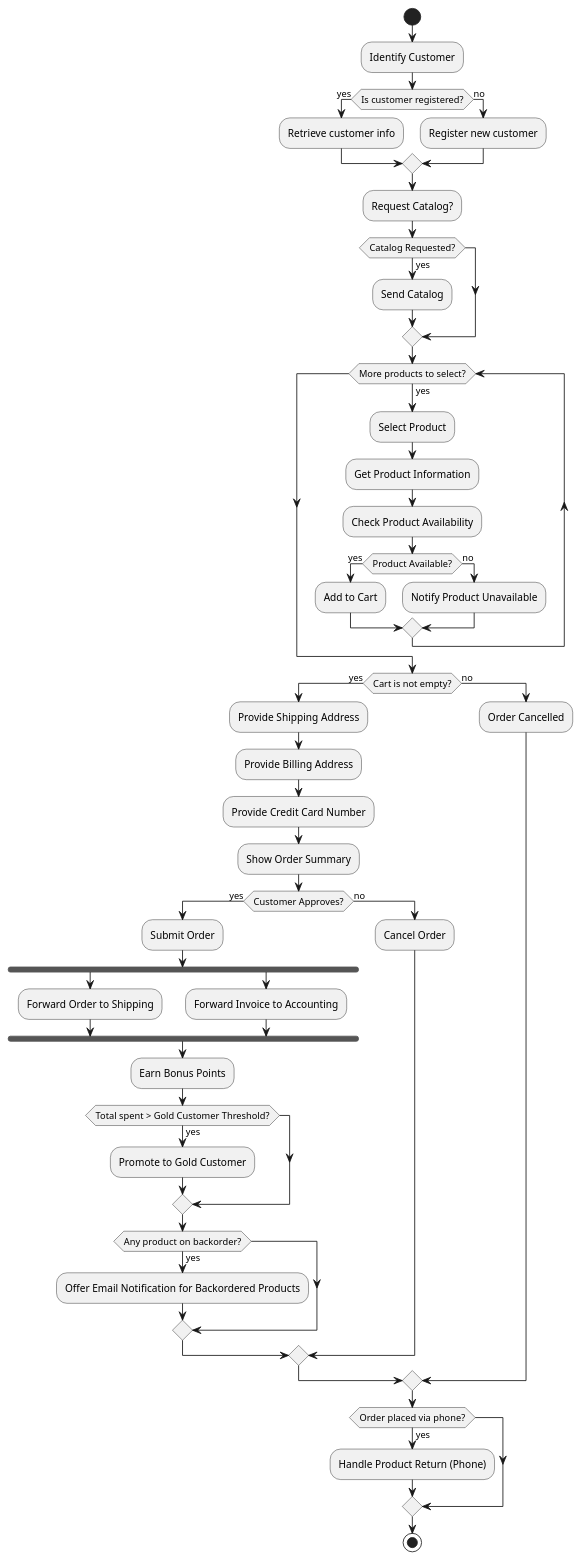
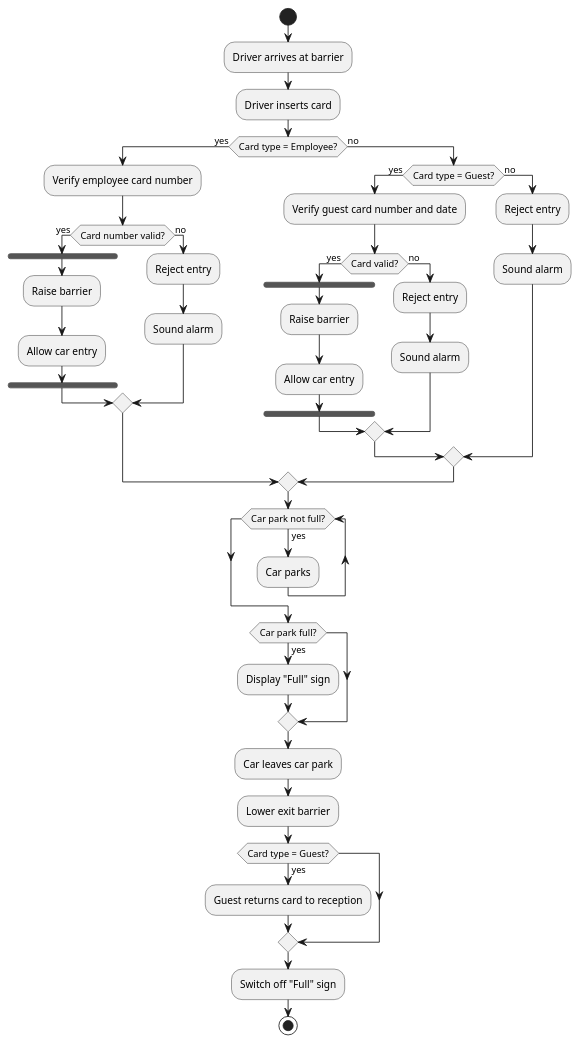
The diagram in LANGCHAIN/evaluateActivity/clarifiedAD_llama_round1.puml (vrajkmrpatel/minor-project), drawn with PlantUML before and after one commit. The commit also changed 15 other files, not shown here.

```diff
--- a/LANGCHAIN/evaluateActivity/clarifiedAD_llama_round1.puml
+++ b/LANGCHAIN/evaluateActivity/clarifiedAD_llama_round1.puml
@@ -1,60 +1,48 @@
 @startuml
 start
 
-:Identify Customer;
-if (Is customer registered?) then (yes)
-    :Retrieve customer info;
-else (no)
-    :Register new customer;
-endif
-
-:Request Catalog?;
-if (Catalog Requested?) then (yes)
-    :Send Catalog;
-endif
-
-while (More products to select?) is (yes)
-    :Select Product;
-    :Get Product Information;
-    :Check Product Availability;
-    if (Product Available?) then (yes)
-        :Add to Cart;
+:Driver arrives at barrier;
+:Driver inserts card;
+if (Card type = Employee?) then (yes)
+    :Verify employee card number;
+    if (Card number valid?) then (yes)
+        fork
+            :Raise barrier;
+            :Allow car entry;
+        end fork
     else (no)
-        :Notify Product Unavailable;
-    endif
-endwhile
-
-if (Cart is not empty?) then (yes)
-    :Provide Shipping Address;
-    :Provide Billing Address;
-    :Provide Credit Card Number;
-    :Show Order Summary;
-    if (Customer Approves?) then (yes)
-        :Submit Order;
-        fork
-            :Forward Order to Shipping;
-        fork again
-            :Forward Invoice to Accounting;
-        end fork
-        :Earn Bonus Points;
-        if (Total spent > Gold Customer Threshold?) then (yes)
-            :Promote to Gold Customer;
-        endif
-        if (Any product on backorder?) then (yes)
-            :Offer Email Notification for Backordered Products;
-        endif
-
-    else (no)
-        :Cancel Order;
+        :Reject entry;
+        :Sound alarm;
     endif
 else (no)
-    :Order Cancelled;
+    if (Card type = Guest?) then (yes)
+        :Verify guest card number and date;
+        if (Card valid?) then (yes)
+            fork
+                :Raise barrier;
+                :Allow car entry;
+            end fork
+        else (no)
+            :Reject entry;
+            :Sound alarm;
+        endif
+    else (no)
+        :Reject entry;
+        :Sound alarm;
+    endif
 endif
-
-
-if (Order placed via phone?) then (yes)
-    :Handle Product Return (Phone);
+while (Car park not full?) is (yes)
+    :Car parks;
+endwhile
+if (Car park full?) then (yes)
+    :Display "Full" sign;
 endif
+:Car leaves car park;
+:Lower exit barrier;
+if (Card type = Guest?) then (yes)
+    :Guest returns card to reception;
+endif
+:Switch off "Full" sign;
 
 stop
 @enduml
```
